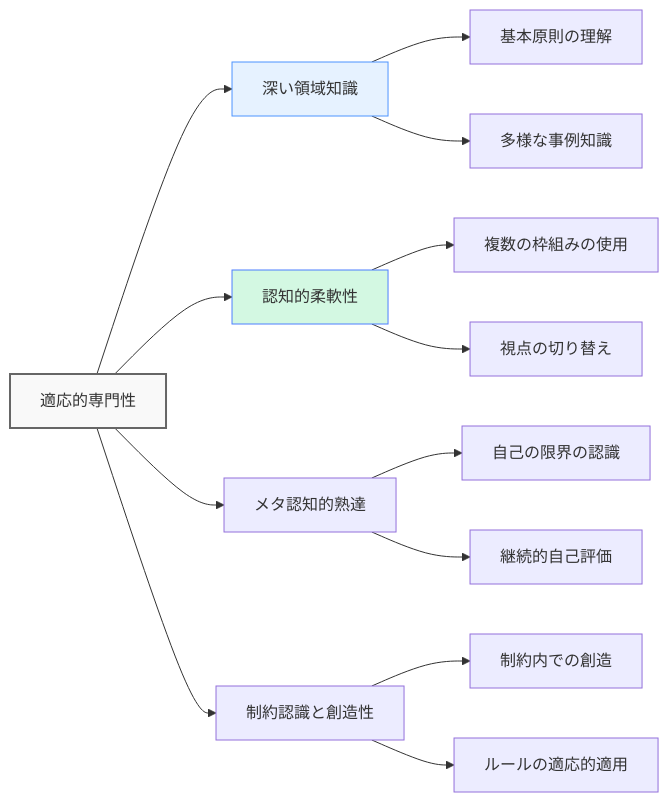
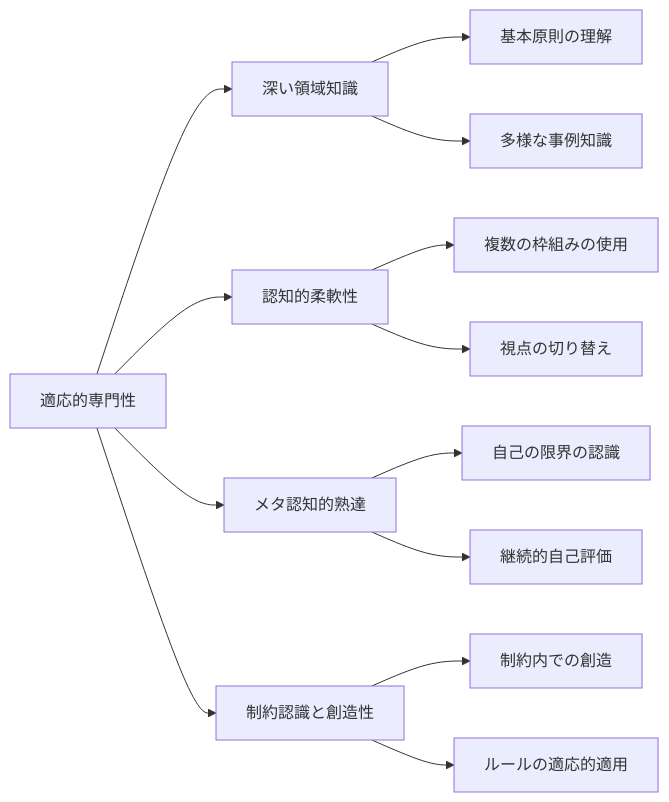
The fifth of 8 diagrams in docs/decision-making-guide/decision-training.md (shuji-bonji/Situational-Awareness-and-Decision-Making), drawn with Mermaid before and after one commit. The commit also changed other lines of this file and 49 other files, not shown here.

Commit message:
fix: ダークモードで見づらい図の色の変更

````diff
--- a/docs/decision-making-guide/decision-training.md
+++ b/docs/decision-making-guide/decision-training.md
@@ -535,23 +535,23 @@
 ```mermaid
 graph LR
     A[適応的専門性] --> B[深い領域知識]
     A --> C[認知的柔軟性]
     A --> D[メタ認知的熟達]
     A --> E[制約認識と創造性]
     
     B --> B1[基本原則の理解]
     B --> B2[多様な事例知識]
     
     C --> C1[複数の枠組みの使用]
     C --> C2[視点の切り替え]
     
     D --> D1[自己の限界の認識]
     D --> D2[継続的自己評価]
     
     E --> E1[制約内での創造]
     E --> E2[ルールの適応的適用]
     
-    style A fill:#f9f9f9,stroke:#666,stroke-width:2px
-    style B fill:#e6f2ff,stroke:#4d94ff
-    style C fill:#d3f8e2,stroke:#4d7fff
+
+
+
 ```
````
